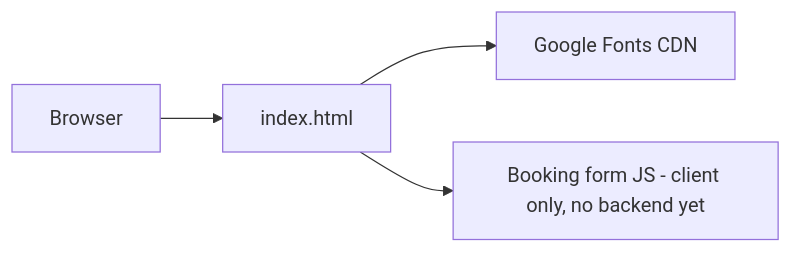
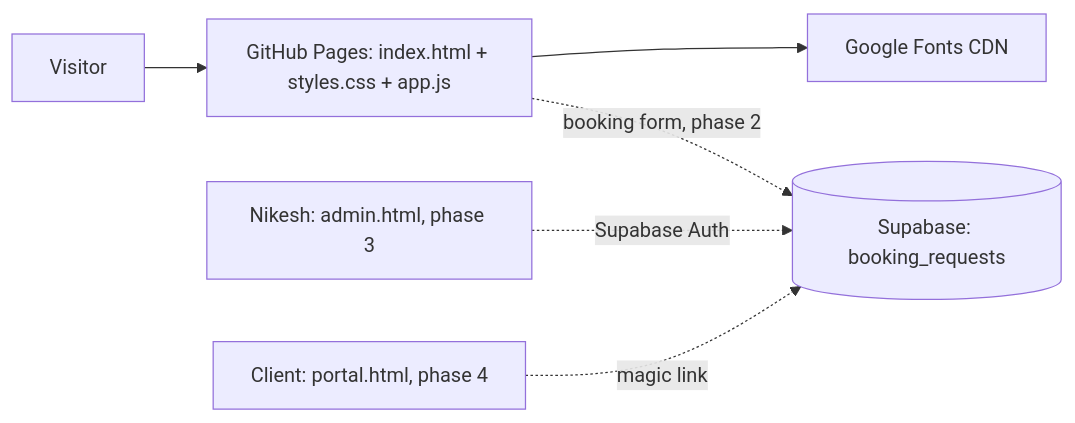
One commit to BeldangiBoiCode/massage-site changed the diagram in .agent/DIAGRAM.md. Above: the diagram before and after it, drawn with Mermaid. The commit also changed other lines of this file and 3 other files, not shown here.

````diff
--- a/.agent/DIAGRAM.md
+++ b/.agent/DIAGRAM.md
@@ -4,6 +5,8 @@
 ```mermaid
 flowchart LR
-  Browser --> index.html
-  index.html --> GoogleFonts[Google Fonts CDN]
-  index.html --> BookingForm[Booking form JS - client only, no backend yet]
+  Visitor --> Pages[GitHub Pages: index.html + styles.css + app.js]
+  Pages --> Fonts[Google Fonts CDN]
+  Pages -. booking form, phase 2 .-> SB[(Supabase: booking_requests)]
+  Nikesh[Nikesh: admin.html, phase 3] -. Supabase Auth .-> SB
+  Client[Client: portal.html, phase 4] -. magic link .-> SB
 ```
````
